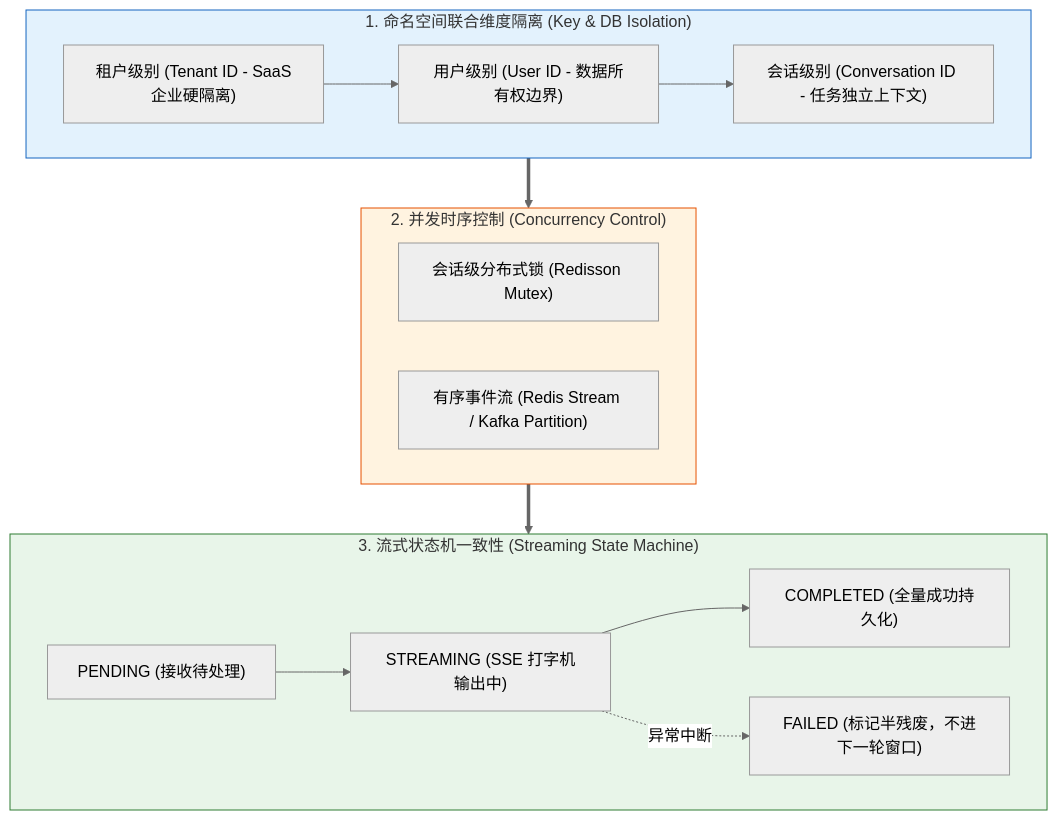
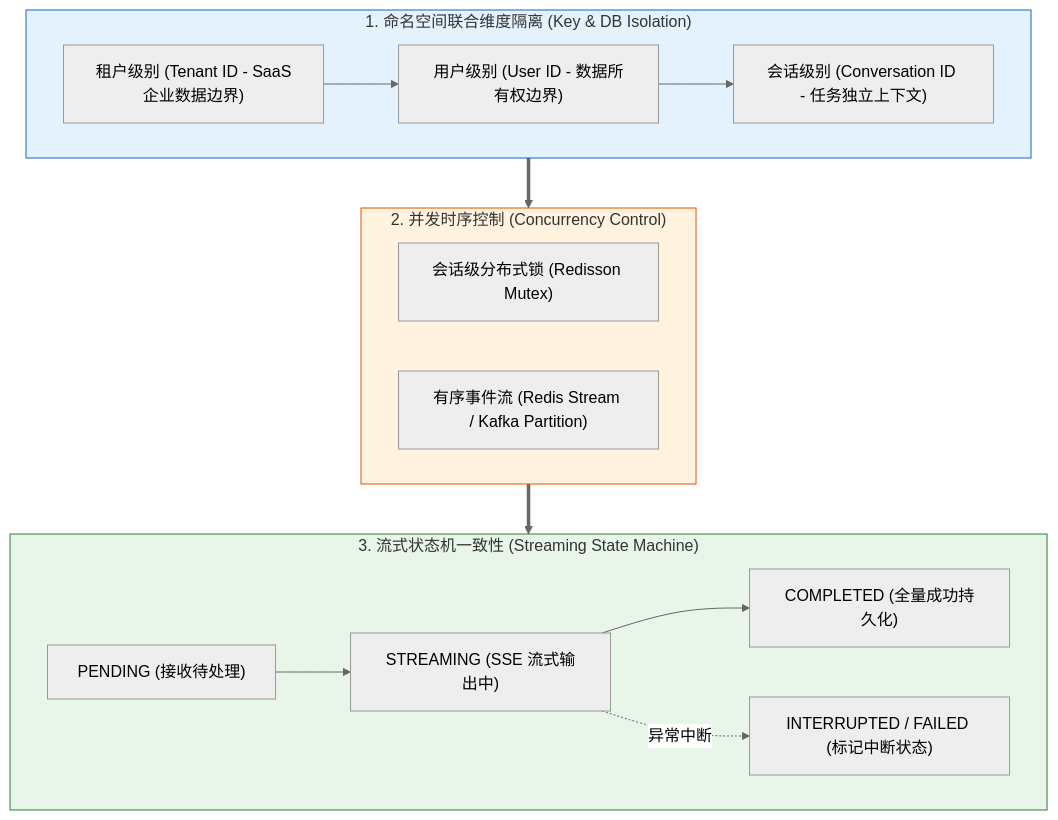
One commit to GuoWWWX/knowledge-base changed the first of 2 diagrams in 10-AI应用开发/04-多轮对话与上下文工程/07-会话隔离与并发安全.md. Above: the diagram before and after it, drawn with Mermaid (neutral theme). The commit also changed other lines of this file and 251 other files, not shown here.

````diff
--- a/10-AI应用开发/04-多轮对话与上下文工程/07-会话隔离与并发安全.md
+++ b/10-AI应用开发/04-多轮对话与上下文工程/07-会话隔离与并发安全.md
@@ -39,25 +29,25 @@
 ```mermaid
 graph TD
     subgraph Dimension["1. 命名空间联合维度隔离 (Key & DB Isolation)"]
-        T["租户级别 (Tenant ID - SaaS企业硬隔离)"] --> U["用户级别 (User ID - 数据所有权边界)"]
+        T["租户级别 (Tenant ID - SaaS企业数据边界)"] --> U["用户级别 (User ID - 数据所有权边界)"]
         U --> C["会话级别 (Conversation ID - 任务独立上下文)"]
     end
 
     subgraph Concurrency["2. 并发时序控制 (Concurrency Control)"]
         Lock["会话级分布式锁 (Redisson Mutex)"]
         Queue["有序事件流 (Redis Stream / Kafka Partition)"]
     end
 
     subgraph StateMachine["3. 流式状态机一致性 (Streaming State Machine)"]
-        S1["PENDING (接收待处理)"] --> S2["STREAMING (SSE 打字机输出中)"]
+        S1["PENDING (接收待处理)"] --> S2["STREAMING (SSE 流式输出中)"]
         S2 --> S3["COMPLETED (全量成功持久化)"]
-        S2 -.异常中断.-> S4["FAILED (标记半残废，不进下一轮窗口)"]
+        S2 -.异常中断.-> S4["INTERRUPTED / FAILED (标记中断状态)"]
     end
 
     Dimension ==> Concurrency
     Concurrency ==> StateMachine
 
     style Dimension fill:#e3f2fd,stroke:#1565c0,stroke-width:1px
     style Concurrency fill:#fff3e0,stroke:#e65100,stroke-width:1px
     style StateMachine fill:#e8f5e9,stroke:#2e7d32,stroke-width:1px
 ```
````
